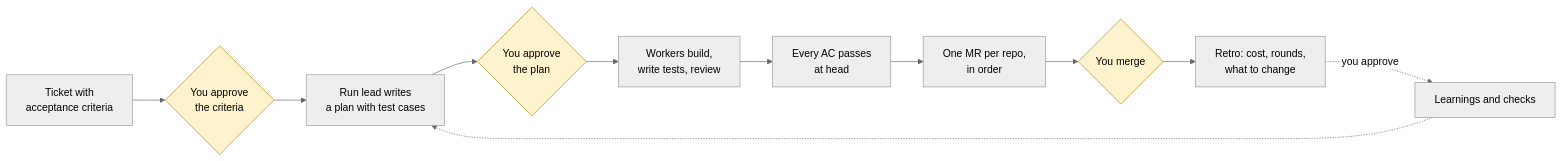
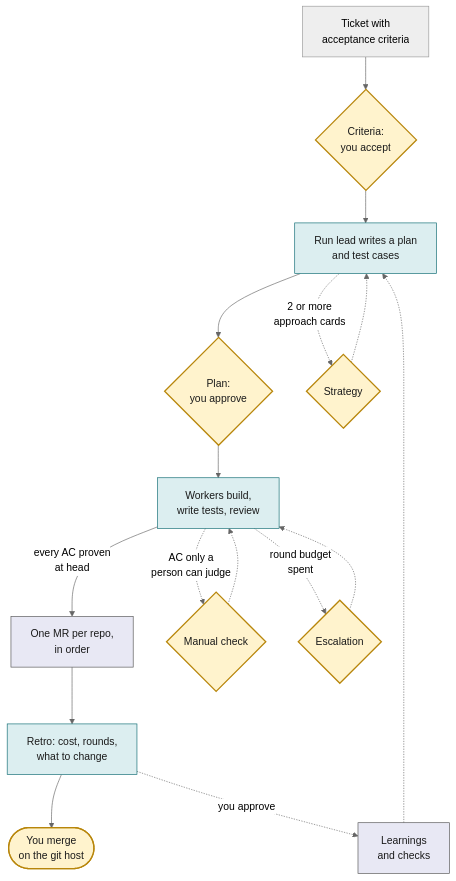
The diagram in docs/why-ark.md (cobekarhoff/ark), drawn with Mermaid (neutral theme) before and after one commit. The commit also changed other lines of this file and 36 other files, not shown here.

````diff
--- a/docs/why-ark.md
+++ b/docs/why-ark.md
@@ -19,15 +25,24 @@
 ```mermaid
-flowchart LR
-  t[Ticket with<br/>acceptance criteria] --> g1{You approve<br/>the criteria}
-  g1 --> p[Run lead writes<br/>a plan with test cases]
-  p --> g2{You approve<br/>the plan}
+flowchart TB
+  t[Ticket with<br/>acceptance criteria] --> g1{Criteria:<br/>you accept}
+  g1 --> p[Run lead writes a plan<br/>and test cases]
+  p --> g2{Plan:<br/>you approve}
   g2 --> b[Workers build,<br/>write tests, review]
-  b --> proof[Every AC passes<br/>at head]
-  proof --> mr[One MR per repo,<br/>in order]
-  mr --> g3{You merge}
-  g3 --> retro[Retro: cost, rounds,<br/>what to change]
-  retro -.->|you approve| learn[Learnings and checks]
+  b -->|"every AC proven<br/>at head"| mr[One MR per repo,<br/>in order]
+  mr --> retro[Retro: cost, rounds,<br/>what to change]
+  retro --> merge([You merge<br/>on the git host])
+  p -.->|"2 or more<br/>approach cards"| st{Strategy}
+  st -.-> p
+  b -.->|"AC only a<br/>person can judge"| man{Manual check}
+  man -.-> b
+  b -.->|"round budget<br/>spent"| esc{Escalation}
+  esc -.-> b
+  retro -.->|"you approve"| learn[Learnings<br/>and checks]
   learn -.-> p
-  classDef gate fill:#fff3cd,stroke:#b8860b
-  class g1,g2,g3 gate
+  classDef human fill:#fff3cd,stroke:#b8860b,stroke-width:2px,color:#1a1a1a
+  classDef agent fill:#dceef0,stroke:#0e6b72,color:#1a1a1a
+  classDef cmd fill:#e8e8f4,stroke:#555,color:#1a1a1a
+  class g1,g2,st,man,esc,merge human
+  class p,b,retro agent
+  class mr,learn cmd
 ```
````
